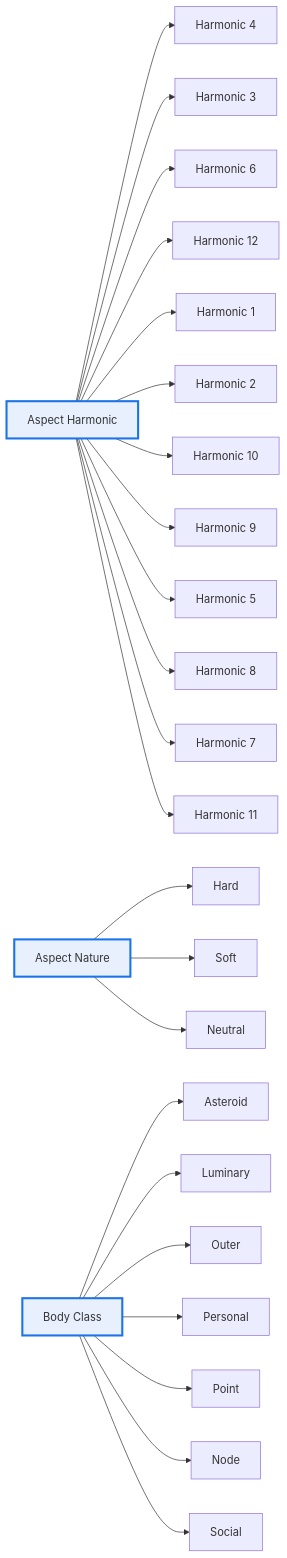
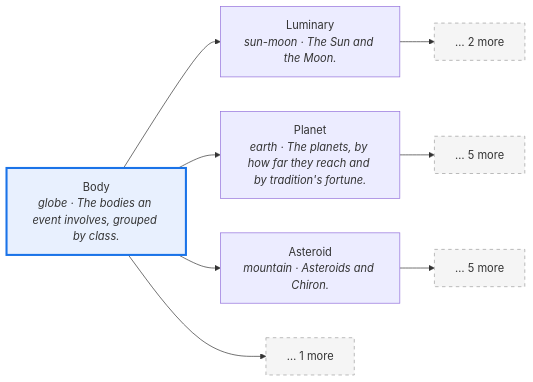
One commit to organizzolini/codebase changed the diagram in projects/common/persistence/README.md. Above: the diagram before and after it, drawn with Mermaid. The commit also changed other lines of this file and 247 other files, not shown here.

Commit message:
feat(caelundas,persistence): ✨ rework the calendar views, tag structure and compact graph docs

````diff
--- a/projects/common/persistence/README.md
+++ b/projects/common/persistence/README.md
@@ -779,55 +803,11 @@
 ```mermaid
 flowchart LR
     classDef root fill:#e8f0fe,stroke:#1a73e8,stroke-width:3px
     classDef truncation fill:#f5f5f5,stroke:#9e9e9e,stroke-dasharray:5 5
-    n0["Aspect Harmonic"]
-    n1["Harmonic 4"]
-    n2["Aspect Nature"]
-    n3["Hard"]
-    n4["Body Class"]
-    n5["Asteroid"]
-    n6["Luminary"]
-    n7["Outer"]
-    n8["Personal"]
-    n9["Harmonic 3"]
-    n10["Soft"]
-    n11["Point"]
-    n12["Harmonic 6"]
-    n13["Harmonic 12"]
-    n14["Neutral"]
-    n15["Node"]
-    n16["Harmonic 1"]
-    n17["Harmonic 2"]
-    n18["Harmonic 10"]
-    n19["Social"]
-    n20["Harmonic 9"]
-    n21["Harmonic 5"]
-    n22["Harmonic 8"]
-    n23["Harmonic 7"]
-    n24["Harmonic 11"]
-    n0 --> n1
-    n2 --> n3
-    n4 --> n5
-    n4 --> n6
-    n4 --> n7
-    n4 --> n8
-    n0 --> n9
-    n2 --> n10
-    n4 --> n11
-    n0 --> n12
-    n0 --> n13
-    n2 --> n14
-    n4 --> n15
-    n0 --> n16
-    n0 --> n17
-    n0 --> n18
-    n4 --> n19
-    n0 --> n20
-    n0 --> n21
-    n0 --> n22
-    n0 --> n23
-    n0 --> n24
-    class n0 root
-    class n2 root
-    class n4 root
+    n1["Body<br/><i>globe · The bodies an event involves, grouped by class.</i>"] --> n0["Luminary<br/><i>sun-moon · The Sun and the Moon.</i>"] & n2["Planet<br/><i>earth · The planets, by how far they reach and by tradition's fortune.</i>"] & n3["Asteroid<br/><i>mountain · Asteroids and Chiron.</i>"] & n4["… 1 more"]
+    n0 --> n5["… 2 more"]
+    n2 --> n6["… 5 more"]
+    n3 --> n7["… 5 more"]
+    class n1 root
+    class n4,n5,n6,n7 truncation
 ```
````
